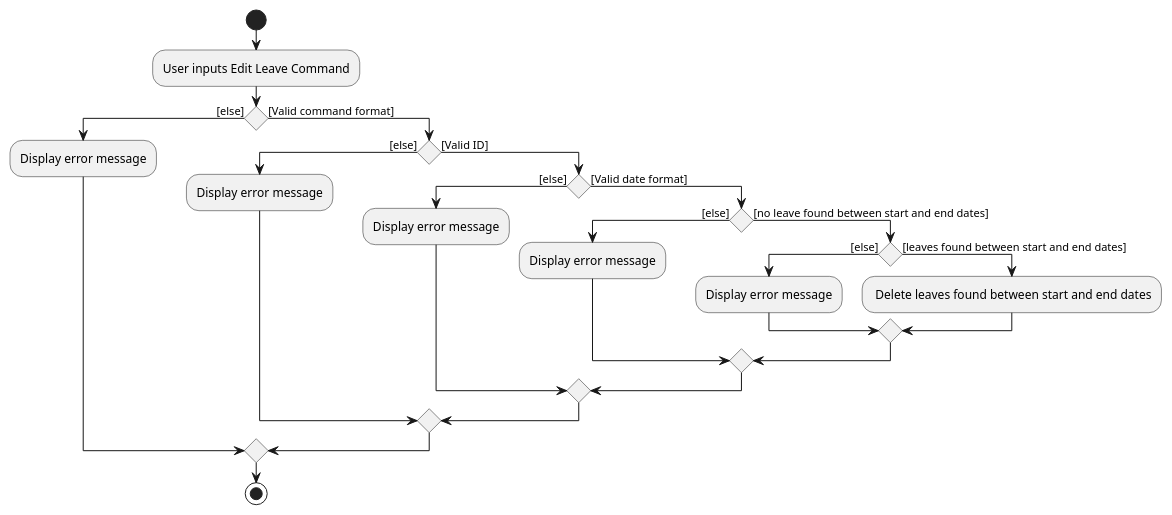
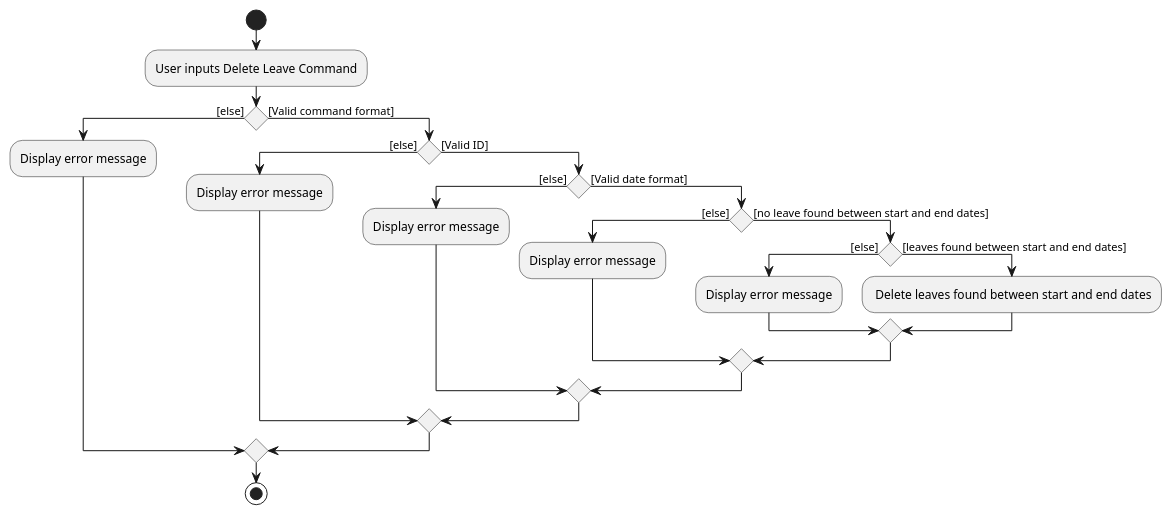
Before and after one commit to nus-cs2103-AY2324S1/tp: the diagram in docs/diagrams/DeleteLeaveActivityDiagram.puml, drawn with PlantUML. The commit also changed 2 other files, not shown here.

Commit message:
Fix incorrect command names and improve enhancement solutions

```diff
--- a/docs/diagrams/DeleteLeaveActivityDiagram.puml
+++ b/docs/diagrams/DeleteLeaveActivityDiagram.puml
@@ -1,31 +1,31 @@
 @startuml
 'https://plantuml.com/activity-diagram-beta
 
 start
-:User inputs Edit Leave Command;
+:User inputs Delete Leave Command;
 
 if () then ([else])
   :Display error message;
 else ([Valid command format])
   if () then ([else])
     :Display error message;
   else ([Valid ID])
     if () then ([else])
         :Display error message;
     else ([Valid date format])
         if () then ([else])
             :Display error message;
         else ([no leave found between start and end dates])
             if () then ([else])
                 :Display error message;
             else ([leaves found between start and end dates])
                 : Delete leaves found between start and end dates;
             endif
         endif
     endif
   endif
 endif
 
 stop
 
 @enduml
```
